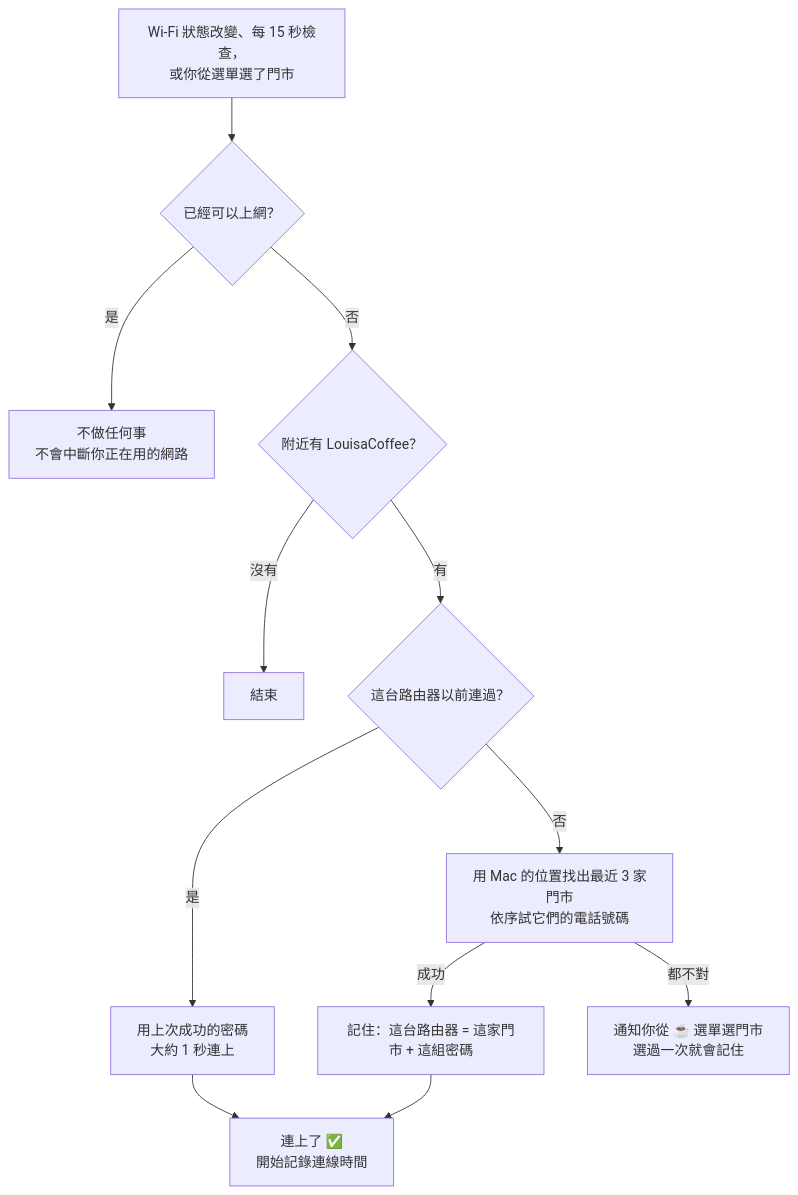
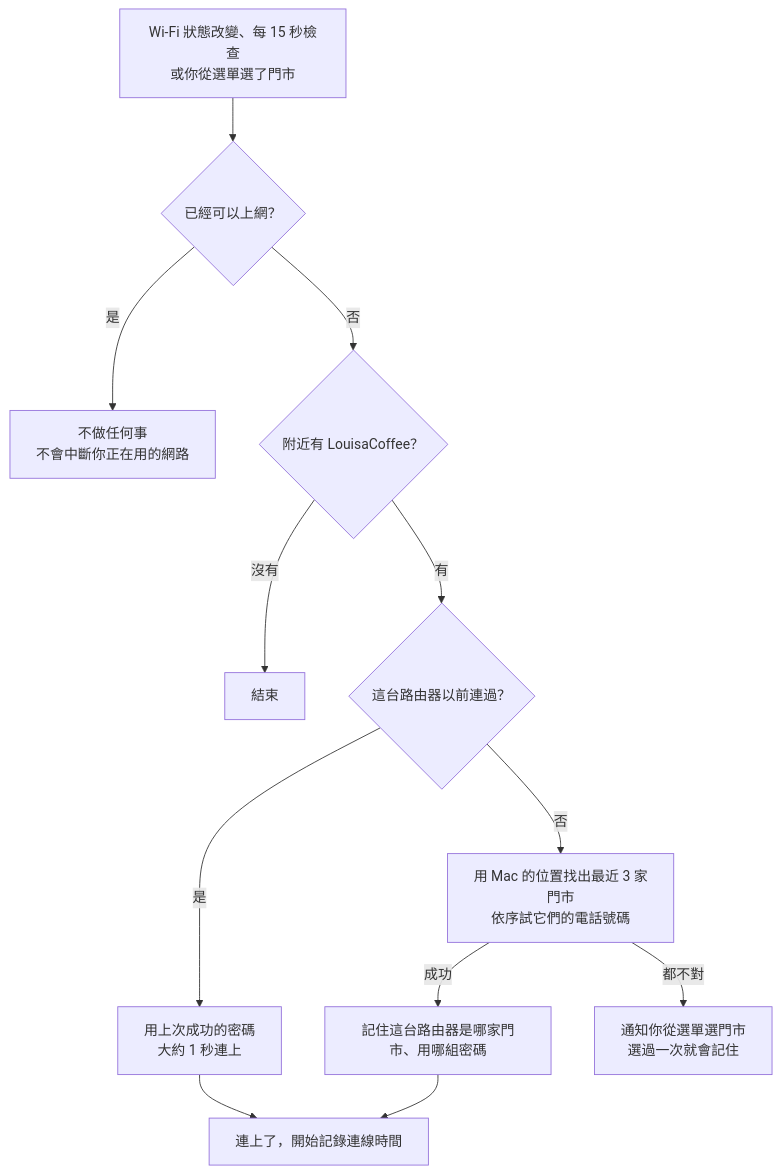
One commit to JackChen890311/louisa-wifi changed the diagram in README.md. Above: the diagram before and after it, drawn with Mermaid. The commit also changed other lines of this file, not shown here.

First line of the commit message:
README: one-click download install for everyone; sturdier diagram

````diff
--- a/README.md
+++ b/README.md
@@ -79,14 +85,14 @@
 ```mermaid
 flowchart TD
-    A["Wi-Fi 狀態改變、每 15 秒檢查，<br/>或你從選單選了門市"] --> B{"已經可以上網？"}
-    B -- 是 --> Z["不做任何事<br/>不會中斷你正在用的網路"]
-    B -- 否 --> C{"附近有 LouisaCoffee？"}
-    C -- 沒有 --> Z2["結束"]
-    C -- 有 --> D{"這台路由器以前連過？"}
-    D -- 是 --> E["用上次成功的密碼<br/>大約 1 秒連上"]
-    D -- 否 --> F["用 Mac 的位置找出最近 3 家門市<br/>依序試它們的電話號碼"]
-    F -- 成功 --> G["記住：這台路由器 = 這家門市 + 這組密碼"]
-    F -- 都不對 --> I["通知你從 ☕ 選單選門市<br/>選過一次就會記住"]
-    E --> H["連上了 ✅<br/>開始記錄連線時間"]
+    A["Wi-Fi 狀態改變、每 15 秒檢查<br/>或你從選單選了門市"] --> B{"已經可以上網？"}
+    B -->|是| Z["不做任何事<br/>不會中斷你正在用的網路"]
+    B -->|否| C{"附近有 LouisaCoffee？"}
+    C -->|沒有| Z2["結束"]
+    C -->|有| D{"這台路由器以前連過？"}
+    D -->|是| E["用上次成功的密碼<br/>大約 1 秒連上"]
+    D -->|否| F["用 Mac 的位置找出最近 3 家門市<br/>依序試它們的電話號碼"]
+    F -->|成功| G["記住這台路由器是哪家門市、用哪組密碼"]
+    F -->|都不對| I["通知你從選單選門市<br/>選過一次就會記住"]
+    E --> H["連上了，開始記錄連線時間"]
     G --> H
 ```
````
